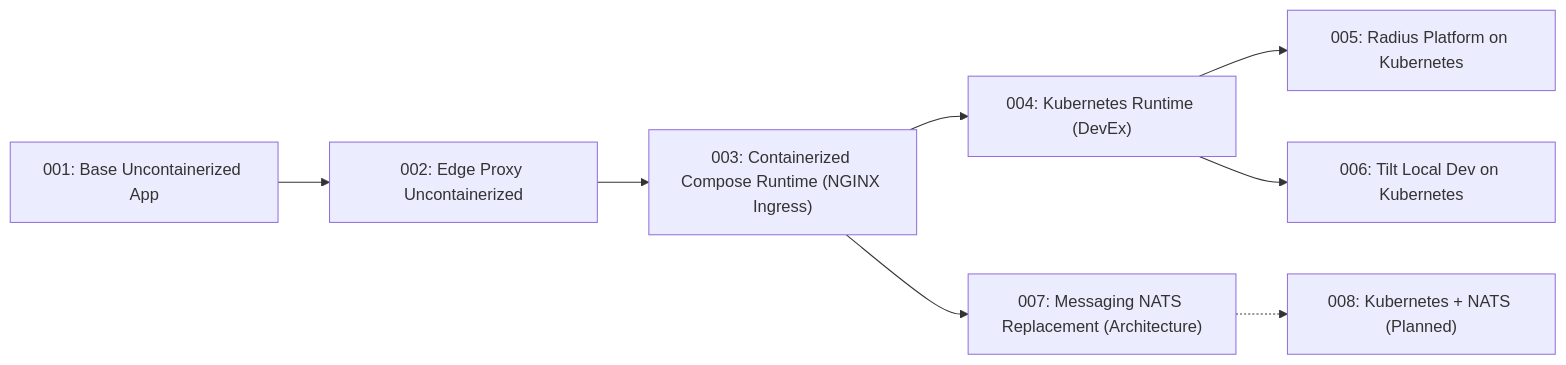
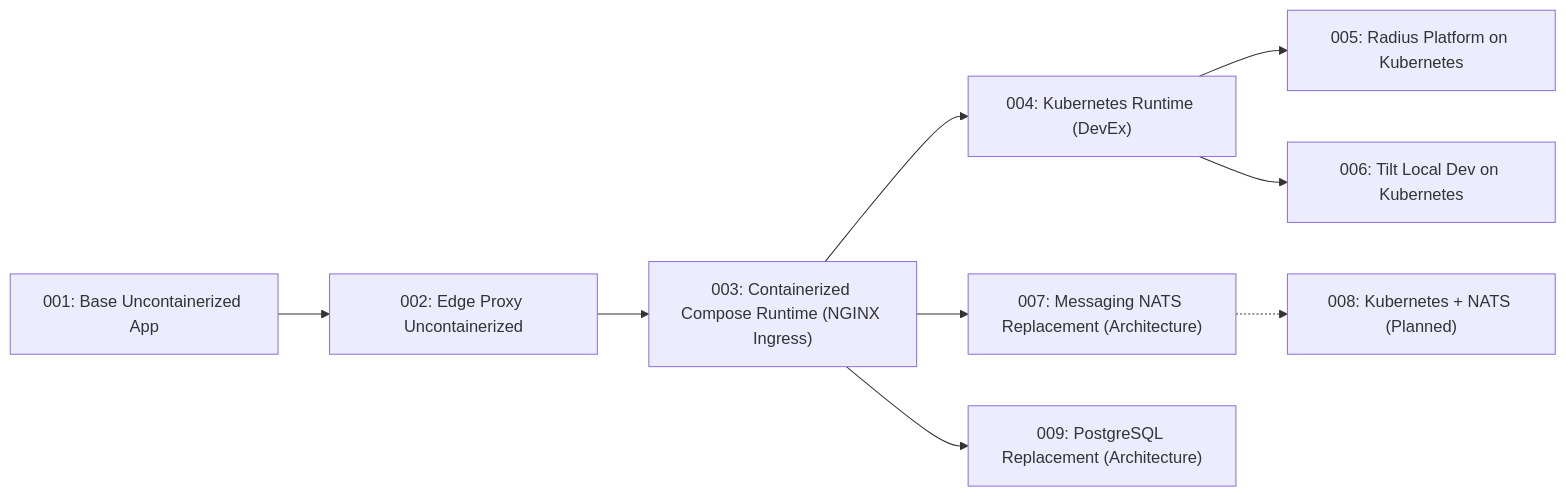
One commit to finos/traderX changed the first of 2 diagrams in docs/spec-kit/visual-learning-graphs.md. Above: the diagram before and after it, drawn with Mermaid. The commit also changed other lines of this file and 38 other files, not shown here.

````diff
--- a/docs/spec-kit/visual-learning-graphs.md
+++ b/docs/spec-kit/visual-learning-graphs.md
@@ -11,18 +11,20 @@
 ```mermaid
 flowchart LR
   S001["001: Base Uncontainerized App"] --> S002["002: Edge Proxy Uncontainerized"]
   S002 --> S003["003: Containerized Compose Runtime (NGINX Ingress)"]
   S003 --> S004["004: Kubernetes Runtime (DevEx)"]
   S003 --> S007["007: Messaging NATS Replacement (Architecture)"]
+  S003 --> S009["009: PostgreSQL Replacement (Architecture)"]
   S004 --> S005["005: Radius Platform on Kubernetes"]
   S004 --> S006["006: Tilt Local Dev on Kubernetes"]
   S007 -.-> S008["008: Kubernetes + NATS (Planned)"]
 
   click S001 href "/specs/baseline-uncontainerized-parity" "Open State 001 Spec Pack"
   click S002 href "/specs/edge-proxy-uncontainerized" "Open State 002 Spec Pack"
   click S003 href "/specs/containerized-compose-runtime" "Open State 003 Spec Pack"
   click S004 href "/specs/kubernetes-runtime" "Open State 004 Spec Pack"
   click S005 href "/specs/radius-kubernetes-platform" "Open State 005 Spec Pack"
   click S006 href "/specs/tilt-kubernetes-dev-loop" "Open State 006 Spec Pack"
   click S007 href "/specs/messaging-nats-replacement" "Open State 007 Spec Pack"
+  click S009 href "/specs/postgres-database-replacement" "Open State 009 Spec Pack"
 ```
````
